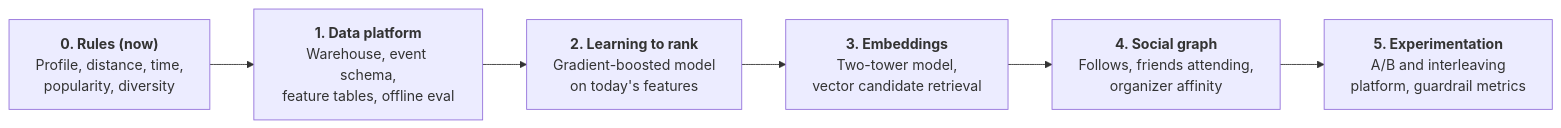
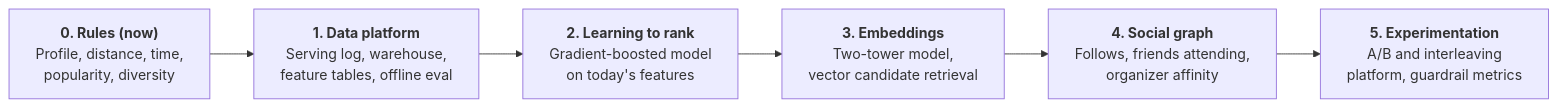
Before and after one commit to khanovico/gatherly: the second of 2 diagrams in docs/roadmap.md, drawn with Mermaid. The commit also changed other lines of this file and 1 other file, not shown here.

First line of the commit message:
docs: order the roadmap by risk, with triggers

````diff
--- a/docs/roadmap.md
+++ b/docs/roadmap.md
@@ -63,10 +79,10 @@
 ```mermaid
 flowchart LR
   s0["<b>0. Rules (now)</b><br/>Profile, distance, time,<br/>popularity, diversity"]
-  s1["<b>1. Data platform</b><br/>Warehouse, event schema,<br/>feature tables, offline eval"]
+  s1["<b>1. Data platform</b><br/>Serving log, warehouse,<br/>feature tables, offline eval"]
   s2["<b>2. Learning to rank</b><br/>Gradient-boosted model<br/>on today's features"]
   s3["<b>3. Embeddings</b><br/>Two-tower model,<br/>vector candidate retrieval"]
   s4["<b>4. Social graph</b><br/>Follows, friends attending,<br/>organizer affinity"]
   s5["<b>5. Experimentation</b><br/>A/B and interleaving<br/>platform, guardrail metrics"]
   s0 --> s1 --> s2 --> s3 --> s4 --> s5
 ```
````
